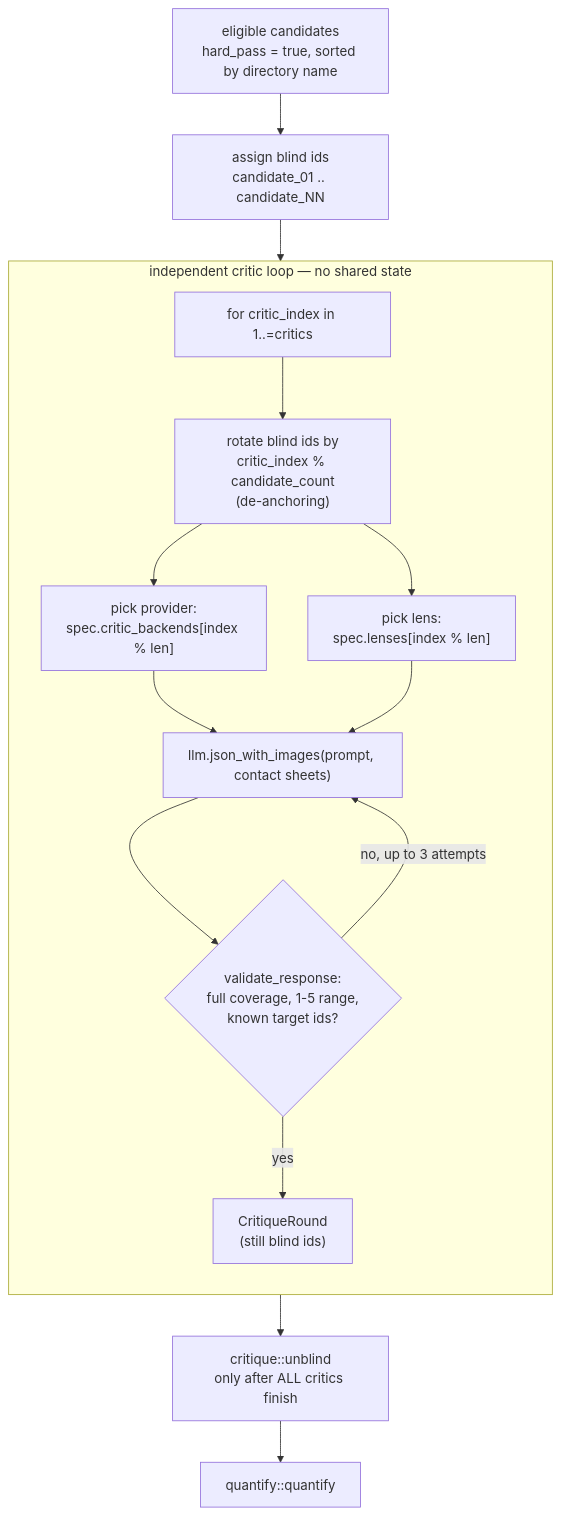
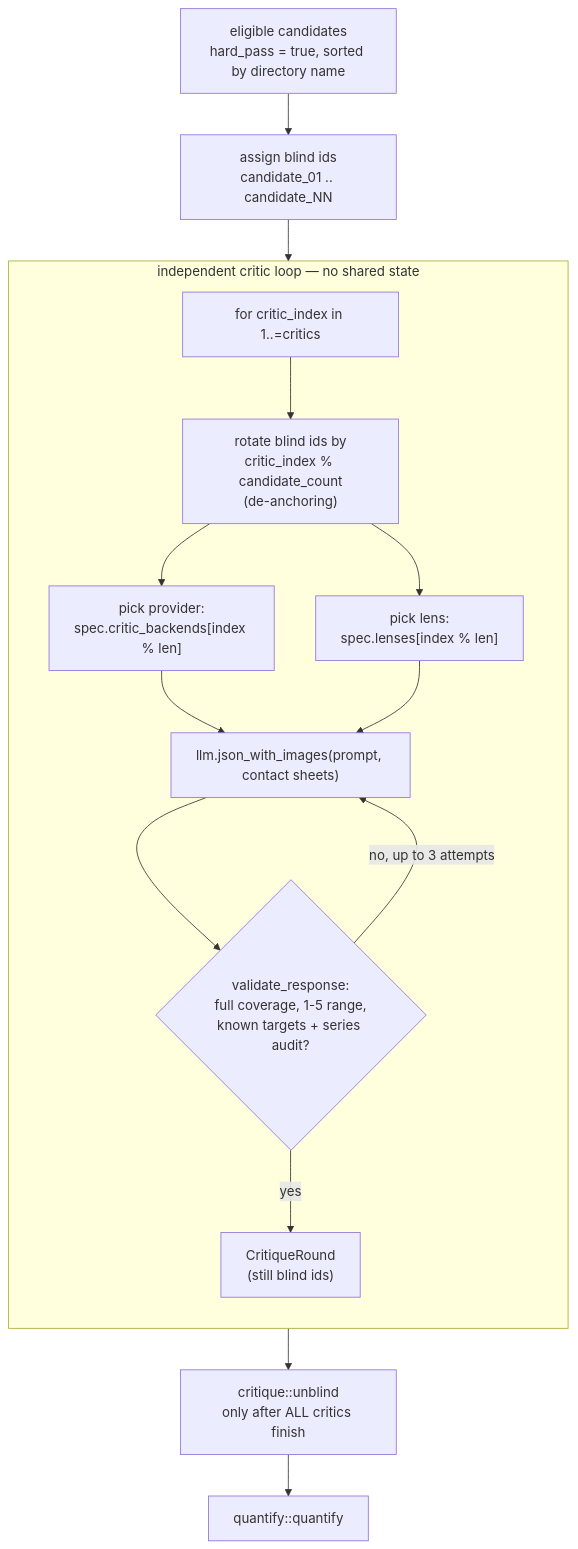
Before and after one commit to Loop-Suite/store-creative-loop: the fifth of 6 diagrams in README.md, drawn with Mermaid. The commit also changed other lines of this file and 8 other files, not shown here.

````diff
--- a/README.md
+++ b/README.md
@@ -271,18 +276,18 @@
 ```mermaid
 flowchart TB
     A["eligible candidates<br/>hard_pass = true, sorted by directory name"] --> B["assign blind ids<br/>candidate_01 .. candidate_NN"]
     subgraph Loop["independent critic loop — no shared state"]
         direction TB
         C["for critic_index in 1..=critics"] --> D["rotate blind ids by<br/>critic_index % candidate_count<br/>(de-anchoring)"]
         D --> E["pick provider:<br/>spec.critic_backends[index % len]"]
         D --> F["pick lens:<br/>spec.lenses[index % len]"]
         E --> G["llm.json_with_images(prompt, contact sheets)"]
         F --> G
-        G --> H{"validate_response:<br/>full coverage, 1-5 range,<br/>known target ids?"}
+        G --> H{"validate_response:<br/>full coverage, 1-5 range,<br/>known targets + series audit?"}
         H -->|"no, up to 3 attempts"| G
         H -->|"yes"| I["CritiqueRound<br/>(still blind ids)"]
     end
     B --> C
     I --> J["critique::unblind<br/>only after ALL critics finish"]
     J --> K["quantify::quantify"]
 ```
````
